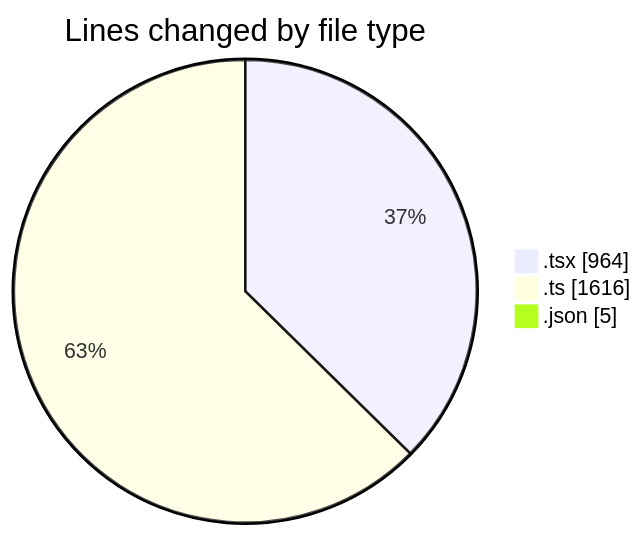
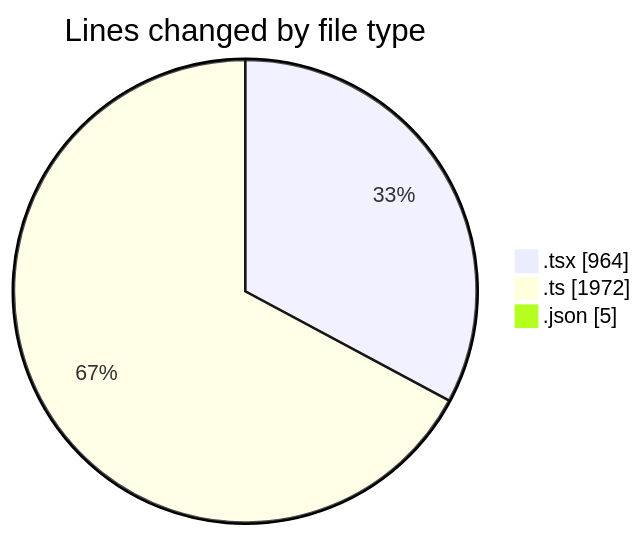
The first of 2 diagrams in 2025-11-23/eventscop-frontend-guide__workspace_/README.md (julien-gomy/code-tracking), drawn with Mermaid before and after one commit. The commit also changed other lines of this file and 1 other file, not shown here.

````diff
--- a/2025-11-23/eventscop-frontend-guide__workspace_/README.md
+++ b/2025-11-23/eventscop-frontend-guide__workspace_/README.md
@@ -39,7 +40,7 @@
 ```mermaid
 pie showData
 title Lines changed by file type
 ".tsx" : 964
-".ts" : 1616
+".ts" : 1972
 ".json" : 5
 ```
````
